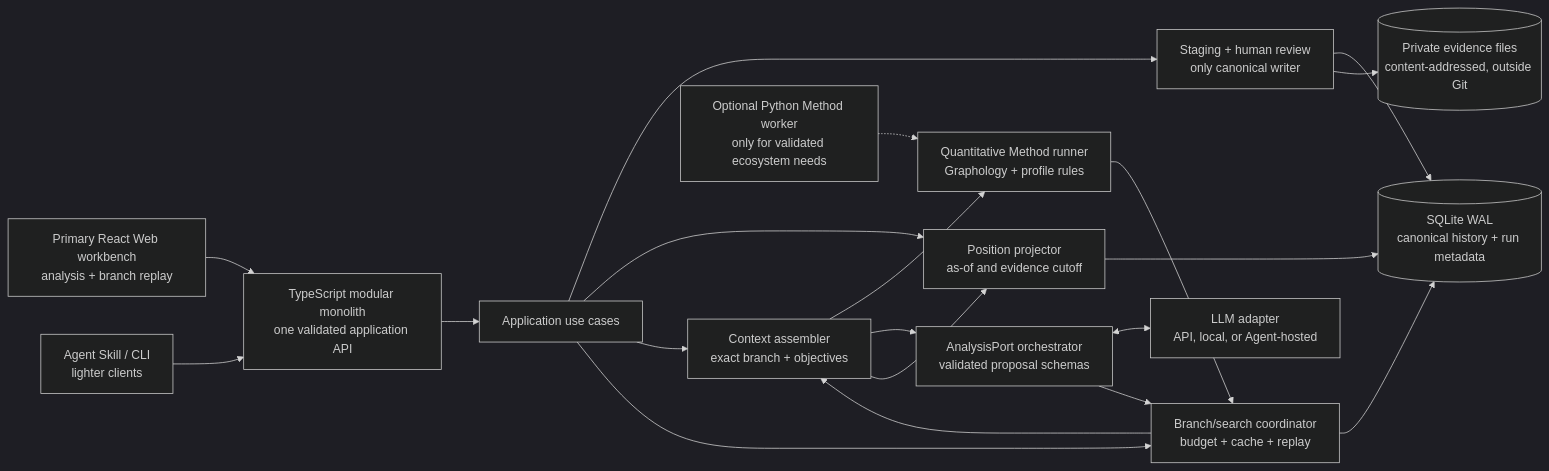
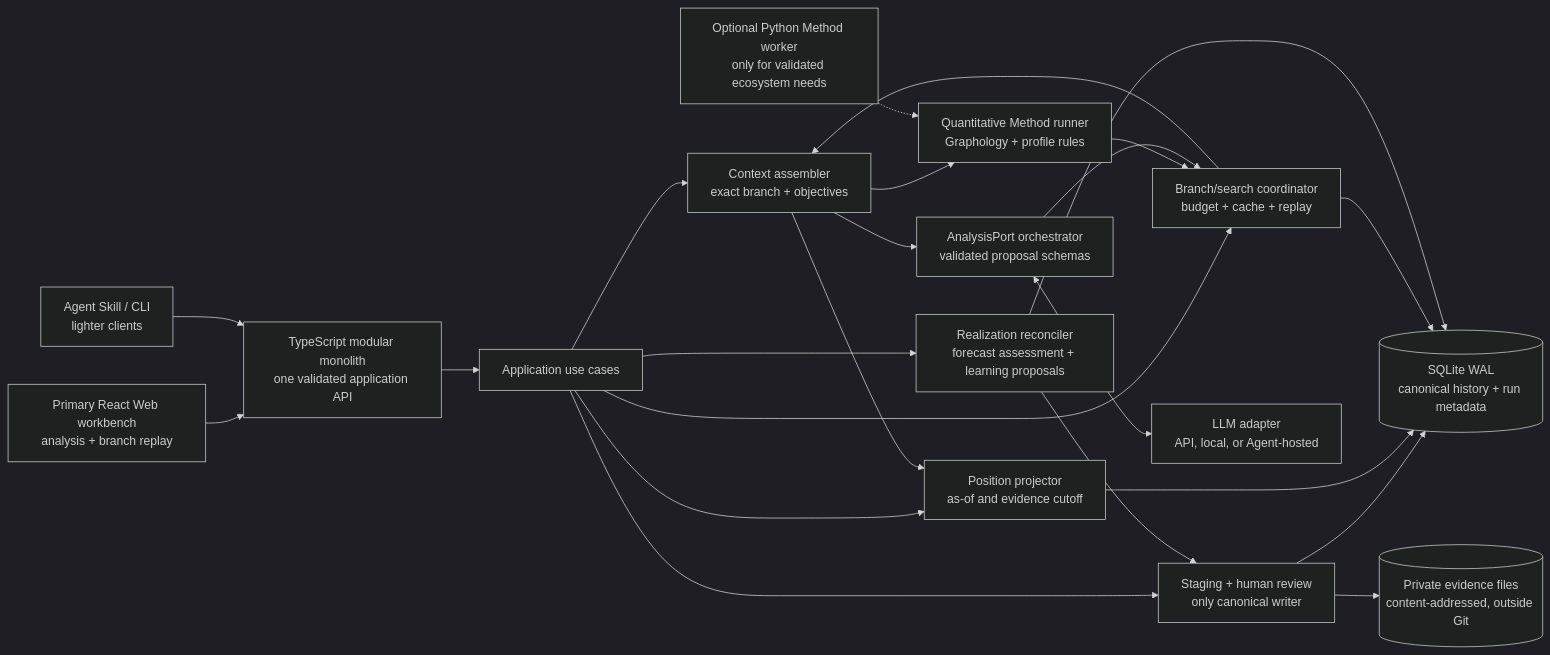
Before and after one commit to jadelaglace/StockMesh: the diagram in docs/architecture/architecture.md, drawn with Mermaid (dark theme). The commit also changed other lines of this file and 13 other files, not shown here.

````diff
--- a/docs/architecture/architecture.md
+++ b/docs/architecture/architecture.md
@@ -39,22 +40,25 @@
 ```mermaid
 flowchart LR
     UI["Primary React Web workbench<br/>analysis + branch replay"] --> API["TypeScript modular monolith<br/>one validated application API"]
     CLIENT["Agent Skill / CLI<br/>lighter clients"] --> API
     API --> USE["Application use cases"]
     USE --> REVIEW["Staging + human review<br/>only canonical writer"]
     USE --> POSITION["Position projector<br/>as-of and evidence cutoff"]
     USE --> CONTEXT["Context assembler<br/>exact branch + objectives"]
     USE --> SEARCH["Branch/search coordinator<br/>budget + cache + replay"]
+    USE --> LEARN["Realization reconciler<br/>forecast assessment + learning proposals"]
     CONTEXT --> METHODS["Quantitative Method runner<br/>Graphology + profile rules"]
     CONTEXT --> ANALYSIS["AnalysisPort orchestrator<br/>validated proposal schemas"]
     SEARCH --> CONTEXT
     ANALYSIS <--> LLM["LLM adapter<br/>API, local, or Agent-hosted"]
     REVIEW --> DB[("SQLite WAL<br/>canonical history + run metadata")]
     REVIEW --> FILES[("Private evidence files<br/>content-addressed, outside Git")]
     POSITION --> DB
     CONTEXT --> POSITION
     METHODS --> SEARCH
     ANALYSIS --> SEARCH
     SEARCH --> DB
+    LEARN --> DB
+    LEARN --> REVIEW
     WORKER["Optional Python Method worker<br/>only for validated ecosystem needs"] -.-> METHODS
 ```
````
